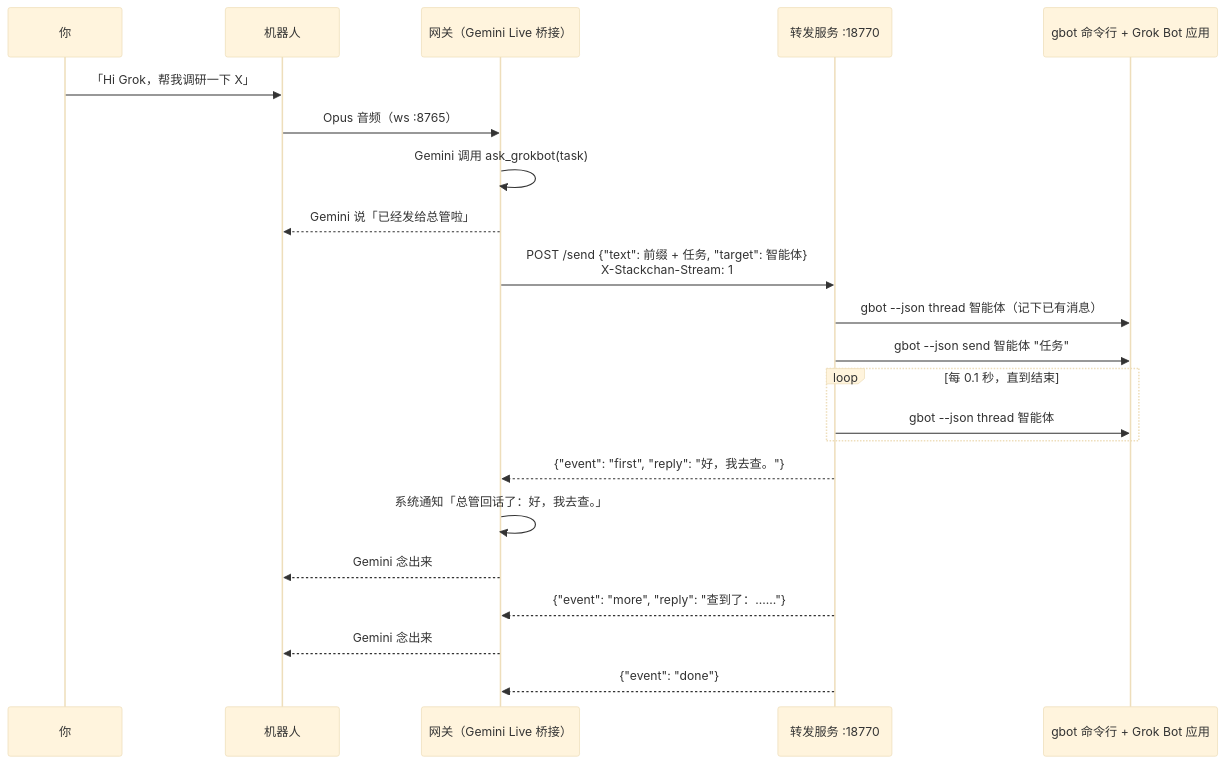
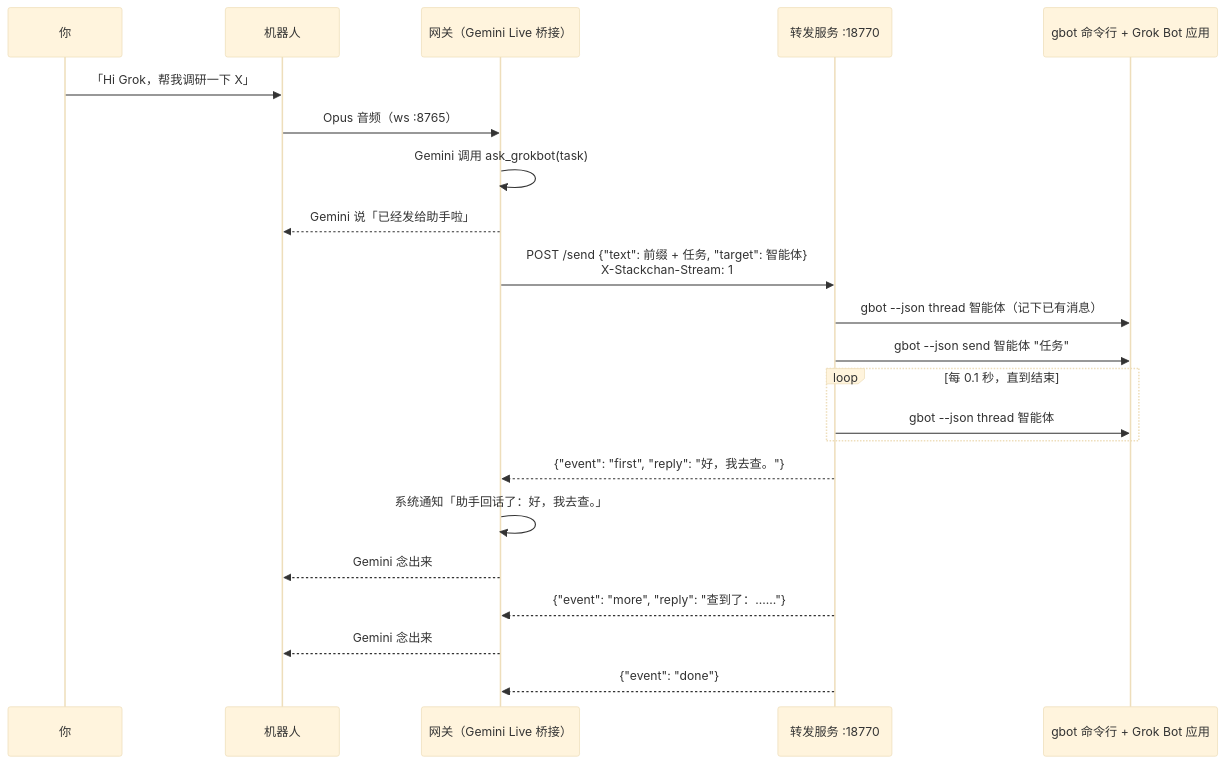
One commit to sefuzhou770801-hub/groki-bot changed the second of 2 diagrams in docs/architecture.zh-CN.md. Above: the diagram before and after it, drawn with Mermaid (base theme). The commit also changed other lines of this file and 6 other files, not shown here.

````diff
--- a/docs/architecture.zh-CN.md
+++ b/docs/architecture.zh-CN.md
@@ -117,25 +117,25 @@
 ```mermaid
 sequenceDiagram
     participant U as 你
     participant R as 机器人
     participant G as 网关（Gemini Live 桥接）
     participant P as 转发服务 :18770
     participant B as gbot 命令行 + Grok Bot 应用
 
     U->>R: 「Hi Grok，帮我调研一下 X」
     R->>G: Opus 音频（ws :8765）
     G->>G: Gemini 调用 ask_grokbot(task)
-    G-->>R: Gemini 说「已经发给总管啦」
+    G-->>R: Gemini 说「已经发给助手啦」
     G->>P: POST /send {"text": 前缀 + 任务, "target": 智能体}<br/>X-Stackchan-Stream: 1
     P->>B: gbot --json thread 智能体（记下已有消息）
     P->>B: gbot --json send 智能体 "任务"
     loop 每 0.1 秒，直到结束
         P->>B: gbot --json thread 智能体
     end
     P-->>G: {"event": "first", "reply": "好，我去查。"}
-    G->>G: 系统通知「总管回话了：好，我去查。」
+    G->>G: 系统通知「助手回话了：好，我去查。」
     G-->>R: Gemini 念出来
     P-->>G: {"event": "more", "reply": "查到了：……"}
     G-->>R: Gemini 念出来
     P-->>G: {"event": "done"}
 ```
````
